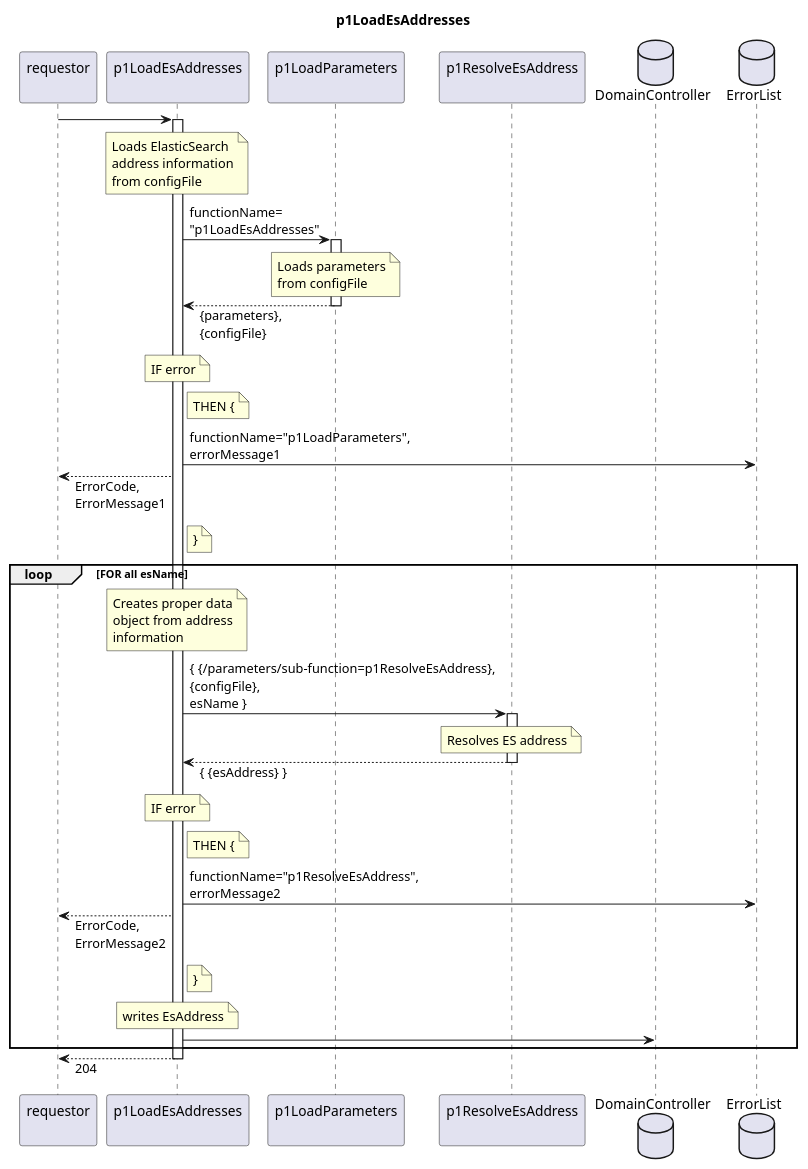
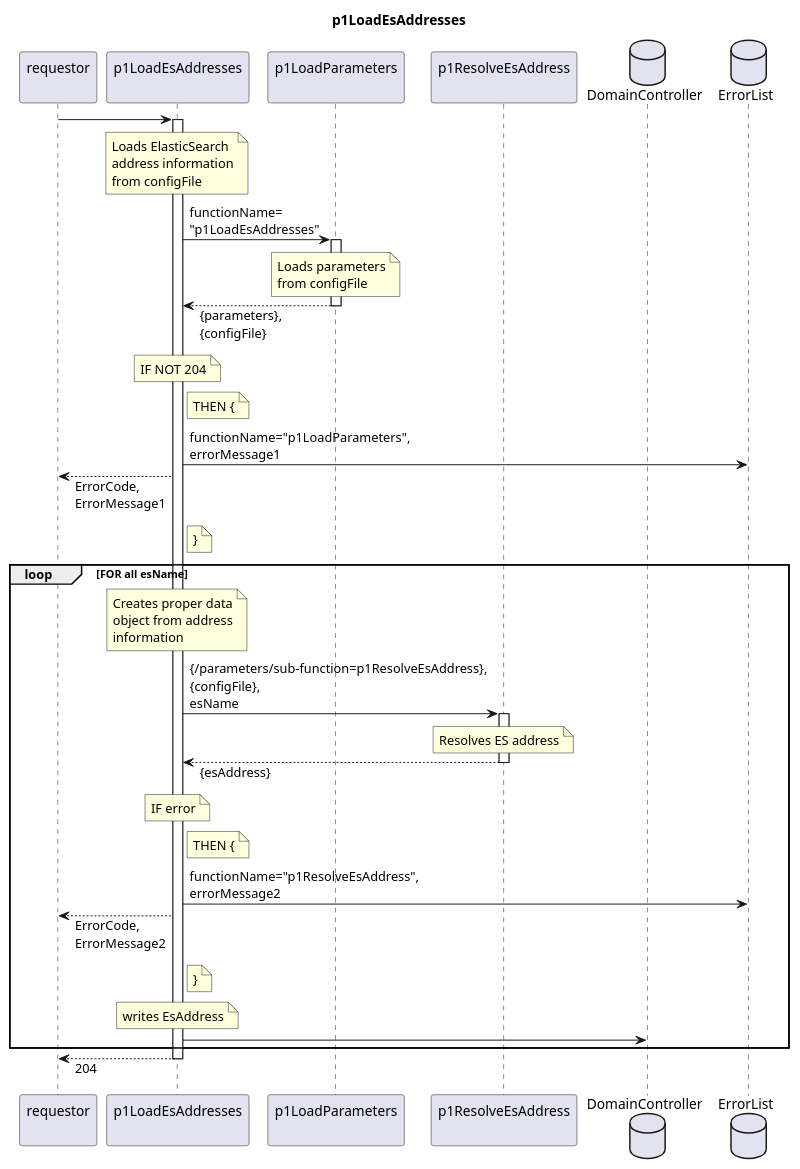
Before and after one commit to openBackhaul/FirmWareManager: the diagram in spec/Functions/Administrative/p1LoadEsAddresses/1.0.0/p1LoadEsAddresses.plantuml, drawn with PlantUML. The commit also changed 8 other files, not shown here.

```diff
--- a/spec/Functions/Administrative/p1LoadEsAddresses/1.0.0/p1LoadEsAddresses.plantuml
+++ b/spec/Functions/Administrative/p1LoadEsAddresses/1.0.0/p1LoadEsAddresses.plantuml
@@ -1,75 +1,75 @@
 @startuml p1LoadEsAddresses
 skinparam responseMessageBelowArrow true
 
 title
   p1LoadEsAddresses
 end title
 
 participant "requestor\n" as requestor
 participant "p1LoadEsAddresses\n" as p1LEA
 participant "p1LoadParameters\n" as p1LP
 participant "p1ResolveEsAddress\n" as p1REA
 database "DomainController" as DC
 database "ErrorList" as hEL
 
 requestor -> p1LEA
 activate p1LEA
   note over p1LEA
     Loads ElasticSearch
     address information
     from configFile
   end note
   p1LEA -> p1LP: functionName=\n"p1LoadEsAddresses"
   activate p1LP
     note over p1LP
       Loads parameters
       from configFile
     end note
   p1LEA <-- p1LP: {parameters},\n{configFile}
   deactivate p1LP
   note over p1LEA
-    IF error
+    IF NOT 204
   end note
   note right p1LEA
     THEN {
   end note
   p1LEA -> hEL: functionName="p1LoadParameters",\nerrorMessage1
   requestor <-- p1LEA: ErrorCode,\nErrorMessage1
   note right p1LEA
     }
   end note
 
   loop FOR all esName
     note over p1LEA
       Creates proper data
       object from address
       information
     end note
-    p1LEA -> p1REA: { {/parameters/sub-function=p1ResolveEsAddress},\n{configFile},\nesName }
+    p1LEA -> p1REA: {/parameters/sub-function=p1ResolveEsAddress},\n{configFile},\nesName
     activate p1REA
       note over p1REA
         Resolves ES address
       end note
-    p1LEA <-- p1REA: { {esAddress} }
+    p1LEA <-- p1REA: {esAddress}
     deactivate p1REA
     note over p1LEA
       IF error
     end note
     note right p1LEA
       THEN {
     end note
     p1LEA -> hEL: functionName="p1ResolveEsAddress",\nerrorMessage2
     requestor <-- p1LEA: ErrorCode,\nErrorMessage2
     note right p1LEA
       }
     end note
 
     note over p1LEA
       writes EsAddress
     end note
     p1LEA -> DC
   end loop
 requestor <-- p1LEA: 204
 deactivate p1LEA
 
 @enduml
```
